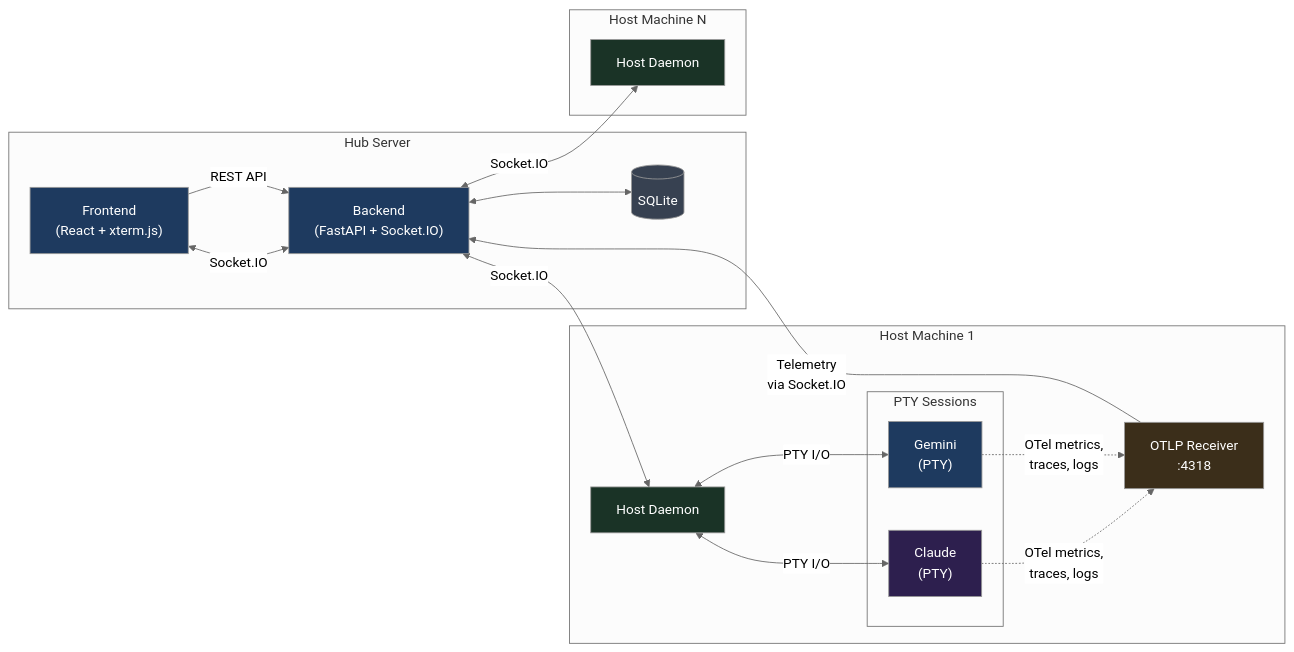
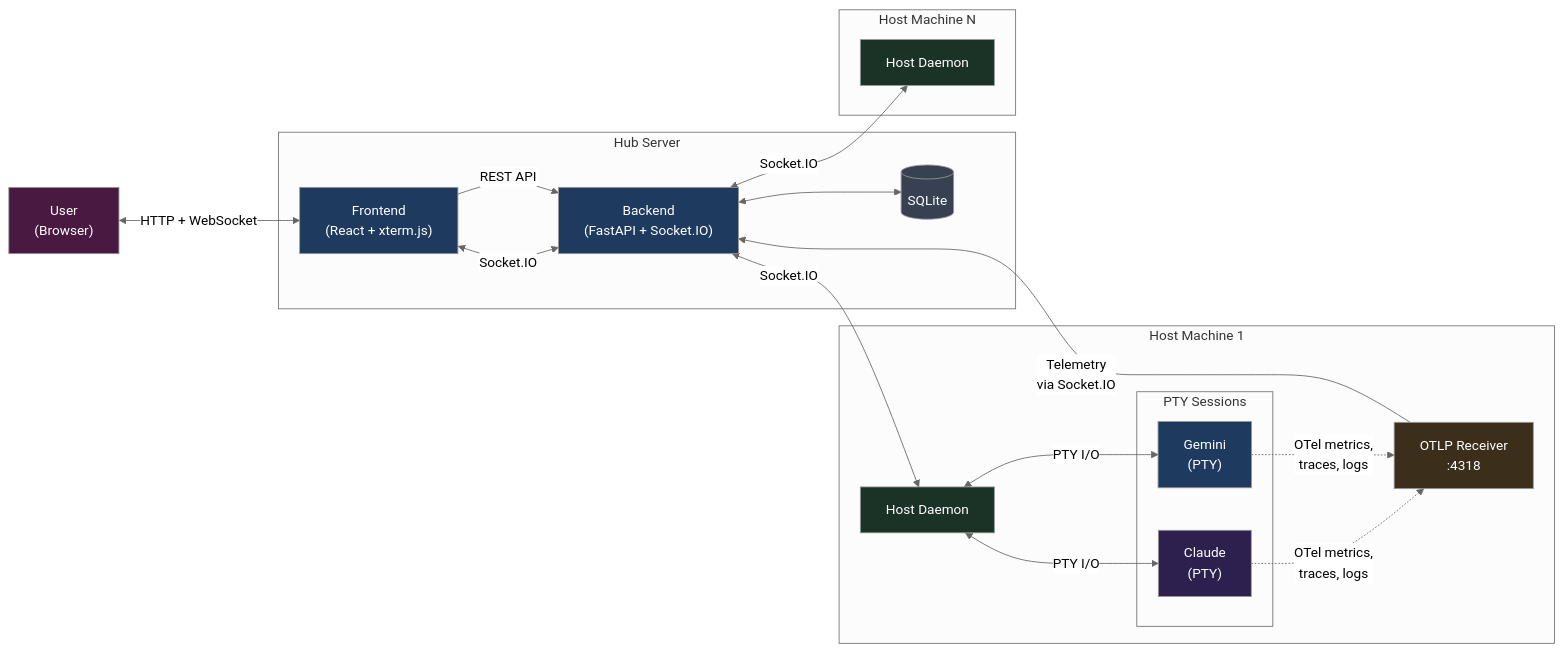
The first of 3 diagrams in README.md (dustinblack/agent-dashboard), drawn with Mermaid (neutral theme) before and after one commit. The commit also changed other lines of this file and 4 other files, not shown here.

````diff
--- a/README.md
+++ b/README.md
@@ -138,41 +238,45 @@
 ```mermaid
 graph LR
+    User["User<br/>(Browser)"]
+
     subgraph Hub Server
         FE["Frontend<br/>(React + xterm.js)"]
         BE["Backend<br/>(FastAPI + Socket.IO)"]
         DB[(SQLite)]
     end
 
     subgraph Host Machine 1
         HD1["Host Daemon"]
         OTLP1["OTLP Receiver<br/>:4318"]
         subgraph PTY Sessions
             A1["Claude<br/>(PTY)"]
             A2["Gemini<br/>(PTY)"]
         end
     end
 
     subgraph Host Machine N
         HDN["Host Daemon"]
     end
 
+    User <-->|"HTTP + WebSocket"| FE
     FE <-->|"Socket.IO"| BE
     FE -->|"REST API"| BE
     BE <--> DB
     BE <-->|"Socket.IO"| HD1
     BE <-->|"Socket.IO"| HDN
     HD1 <-->|"PTY I/O"| A1
     HD1 <-->|"PTY I/O"| A2
     A1 -.->|"OTel metrics,<br/>traces, logs"| OTLP1
     A2 -.->|"OTel metrics,<br/>traces, logs"| OTLP1
     OTLP1 -->|"Telemetry<br/>via Socket.IO"| BE
 
+    style User fill:#4a1942,color:#fff
     style FE fill:#1e3a5f,color:#fff
     style BE fill:#1e3a5f,color:#fff
     style DB fill:#374151,color:#fff
     style HD1 fill:#1a3326,color:#fff
     style HDN fill:#1a3326,color:#fff
     style OTLP1 fill:#3b2e1a,color:#fff
     style A1 fill:#2d1f4e,color:#fff
     style A2 fill:#1e3a5f,color:#fff
 ```
````
